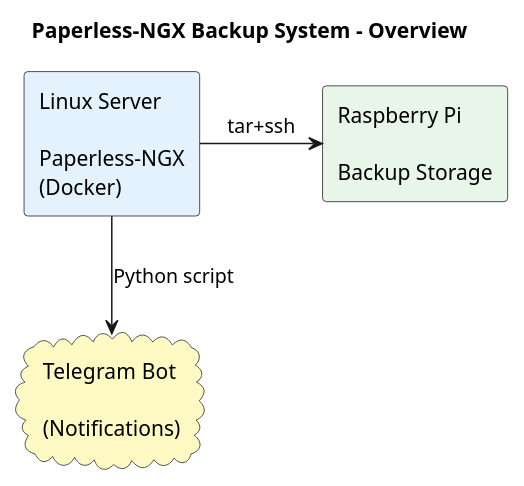
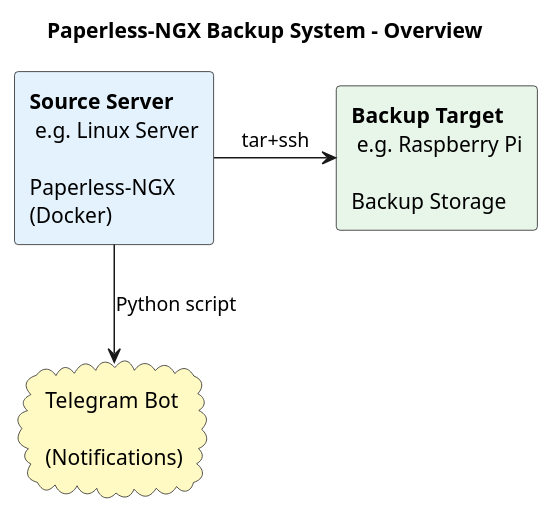
One commit to Hexanders/docker_papperless_ngx_installation changed the diagram in overview.puml. Above: the diagram before and after it, drawn with PlantUML.

```diff
--- a/overview.puml
+++ b/overview.puml
@@ -1,16 +1,16 @@
 @startuml
 
 title Paperless-NGX Backup System - Overview
 
 skinparam backgroundColor #FFFFFF
 
-rectangle "Linux Server\n \nPaperless-NGX\n(Docker)" as Server #E3F2FD
+rectangle "**Source Server**\n e.g. Linux Server\n \nPaperless-NGX\n(Docker)" as Server #E3F2FD
 
-rectangle "Raspberry Pi\n \nBackup Storage" as Pi #E8F5E9
+rectangle "**Backup Target**\n e.g. Raspberry Pi\n \nBackup Storage" as Pi #E8F5E9
 
 cloud "Telegram Bot\n \n(Notifications)" as Telegram #FFF9C4
 
 Server -right-> Pi : tar+ssh
 Server -down-> Telegram : Python script
 
 @enduml
```
